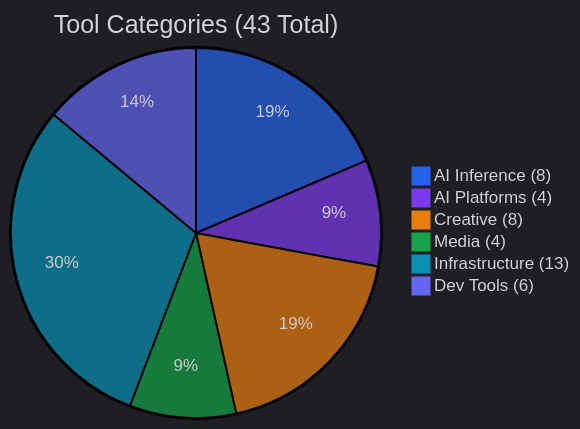
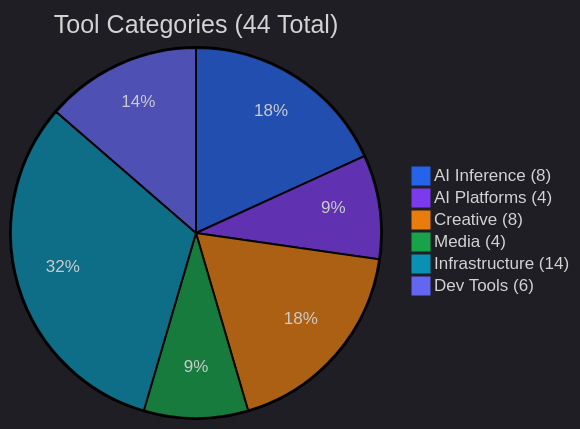
The diagram in docs/TOOLS.md (mvalancy/val-ark), drawn with Mermaid before and after one commit. The commit also changed other lines of this file and 15 other files, not shown here.

````diff
--- a/docs/TOOLS.md
+++ b/docs/TOOLS.md
@@ -5,10 +5,10 @@
 ```mermaid
 %%{init: {'theme': 'dark', 'themeVariables': {'pie1': '#2563eb', 'pie2': '#7c3aed', 'pie3': '#e87d0d', 'pie4': '#16a34a', 'pie5': '#0891b2', 'pie6': '#6366f1'}}}%%
-pie title Tool Categories (43 Total)
+pie title Tool Categories (44 Total)
     "AI Inference (8)" : 8
     "AI Platforms (4)" : 4
     "Creative (8)" : 8
     "Media (4)" : 4
-    "Infrastructure (13)" : 13
+    "Infrastructure (14)" : 14
     "Dev Tools (6)" : 6
 ```
````
